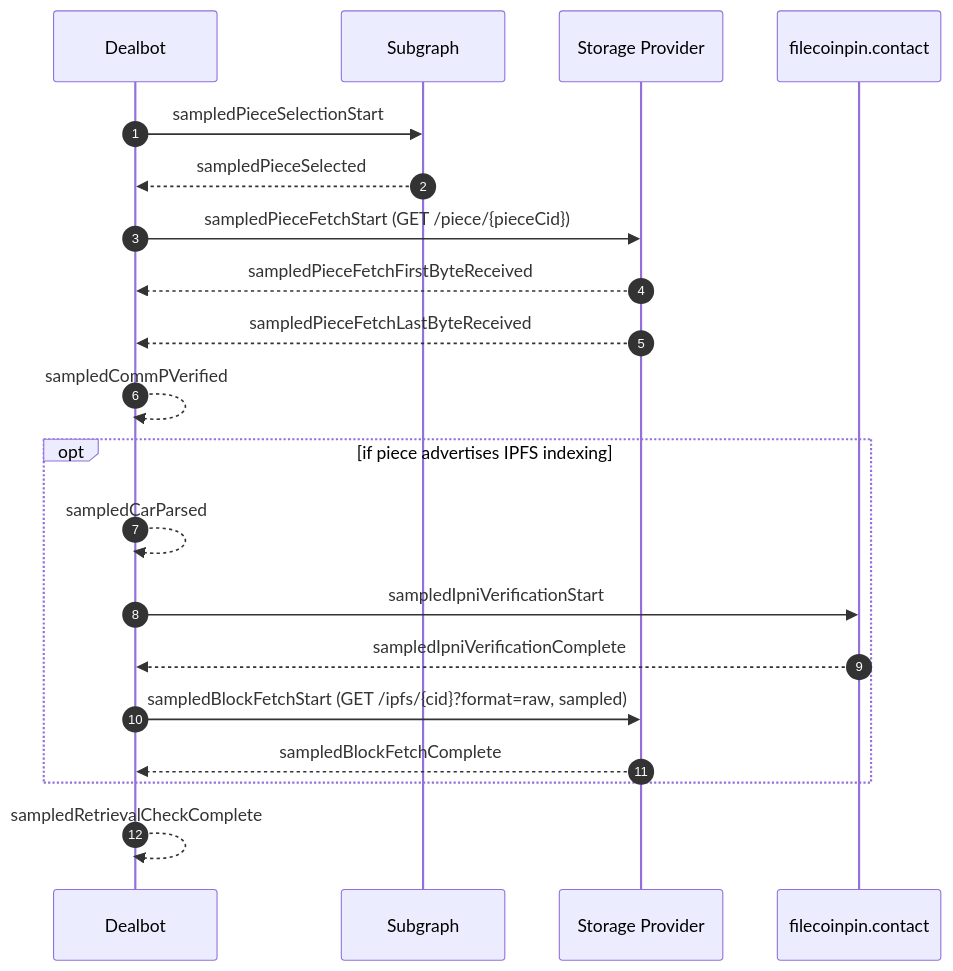
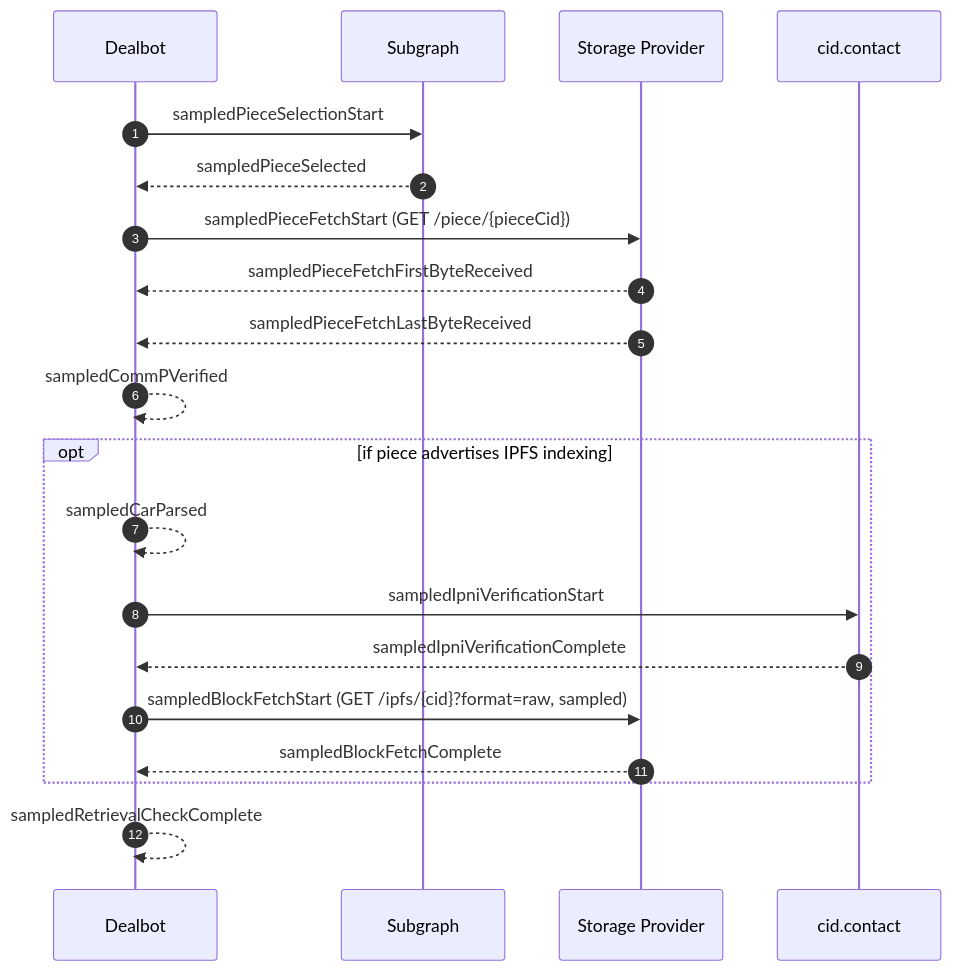
One commit to FilOzone/dealbot changed the third of 3 diagrams in docs/checks/events-and-metrics.md. Above: the diagram before and after it, drawn with Mermaid. The commit also changed other lines of this file and 20 other files, not shown here.

First line of the commit message:
chore: retarget IPNI verification from advertised to synced, single cid.contact check (#690)

````diff
--- a/docs/checks/events-and-metrics.md
+++ b/docs/checks/events-and-metrics.md
@@ -103,25 +100,25 @@
 ```mermaid
 sequenceDiagram
   autonumber
   participant Dealbot
   participant Subgraph as Subgraph
   participant SP as Storage Provider
-  participant IPNI as filecoinpin.contact
+  participant IPNI as cid.contact
 
   Dealbot->>Subgraph: sampledPieceSelectionStart
   Subgraph-->>Dealbot: sampledPieceSelected
   Dealbot->>SP: sampledPieceFetchStart (GET /piece/{pieceCid})
   SP-->>Dealbot: sampledPieceFetchFirstByteReceived
   SP-->>Dealbot: sampledPieceFetchLastByteReceived
   Dealbot-->>Dealbot: sampledCommPVerified
 
   opt if piece advertises IPFS indexing
     Dealbot-->>Dealbot: sampledCarParsed
     Dealbot->>IPNI: sampledIpniVerificationStart
     IPNI-->>Dealbot: sampledIpniVerificationComplete
     Dealbot->>SP: sampledBlockFetchStart (GET /ipfs/{cid}?format=raw, sampled)
     SP-->>Dealbot: sampledBlockFetchComplete
   end
 
   Dealbot-->>Dealbot: sampledRetrievalCheckComplete
 ```
````
